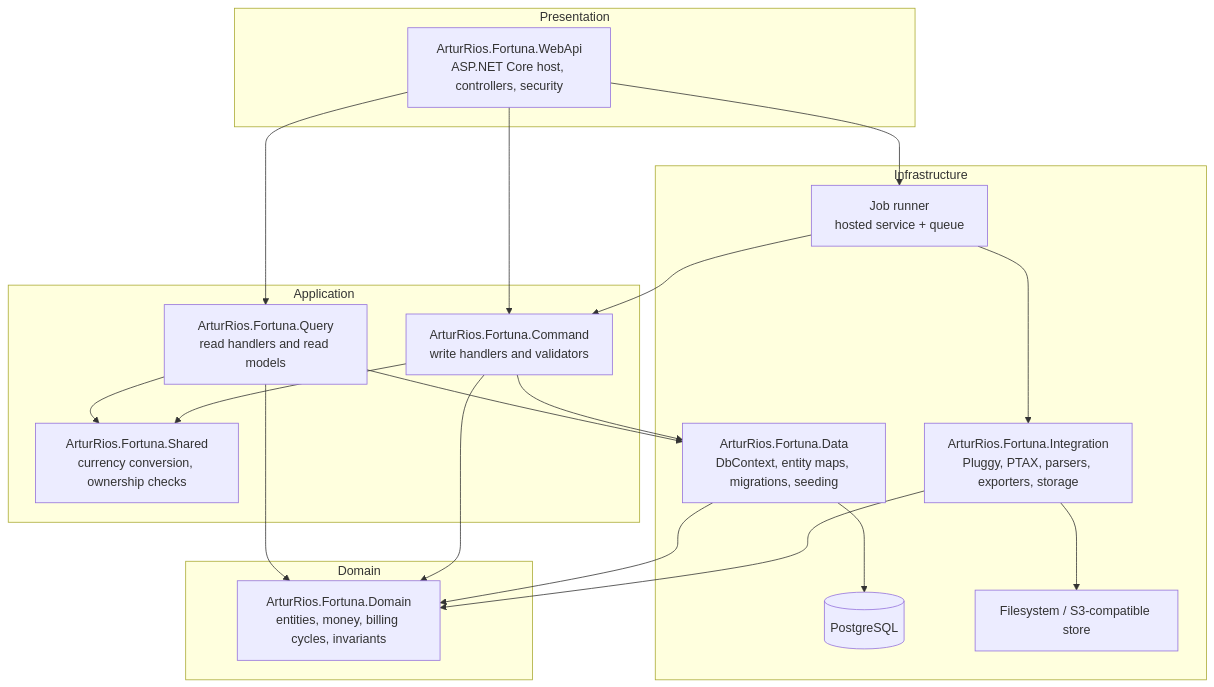
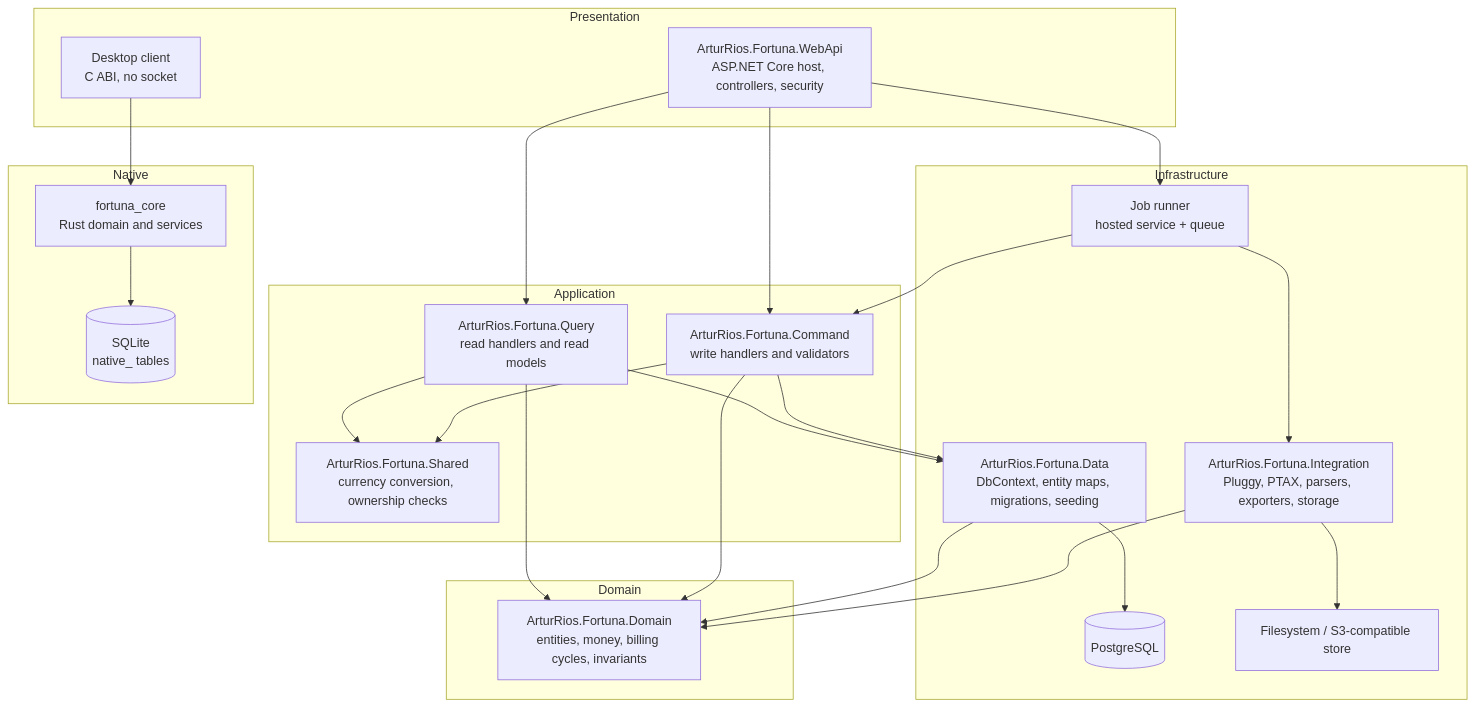
One commit to artur-rios/fortuna-api changed the first of 2 diagrams in docs/requirements/Operations & Infrastructure Document.md. Above: the diagram before and after it, drawn with Mermaid. The commit also changed other lines of this file and 14 other files, not shown here.

First line of the commit message:
feat: add native desktop core (#167)

````diff
--- a/docs/requirements/Operations & Infrastructure Document.md
+++ b/docs/requirements/Operations & Infrastructure Document.md
@@ -53,37 +57,44 @@
 ```mermaid
 graph TD
     subgraph Presentation
         WebApi[ArturRios.Fortuna.WebApi<br/>ASP.NET Core host, controllers, security]
+        Desktop[Desktop client<br/>C ABI, no socket]
     end
     subgraph Application
         Command[ArturRios.Fortuna.Command<br/>write handlers and validators]
         Query[ArturRios.Fortuna.Query<br/>read handlers and read models]
         Shared[ArturRios.Fortuna.Shared<br/>currency conversion, ownership checks]
     end
     subgraph Domain
         DomainLayer[ArturRios.Fortuna.Domain<br/>entities, money, billing cycles, invariants]
     end
     subgraph Infrastructure
         Data[ArturRios.Fortuna.Data<br/>DbContext, entity maps, migrations, seeding]
         Integration[ArturRios.Fortuna.Integration<br/>Pluggy, PTAX, parsers, exporters, storage]
         Jobs[Job runner<br/>hosted service + queue]
         DB[(PostgreSQL)]
         Store[Filesystem / S3-compatible store]
+    end
+    subgraph Native
+        NativeCore[fortuna_core<br/>Rust domain and services]
+        NativeDb[(SQLite<br/>native_ tables)]
     end
 
     WebApi --> Command
     WebApi --> Query
     WebApi --> Jobs
     Command --> DomainLayer
     Query --> DomainLayer
     Command --> Shared
     Query --> Shared
     Command --> Data
     Query --> Data
     Jobs --> Command
     Jobs --> Integration
     Integration --> DomainLayer
     Integration --> Store
     Data --> DomainLayer
     Data --> DB
+    Desktop --> NativeCore
+    NativeCore --> NativeDb
 ```
````
